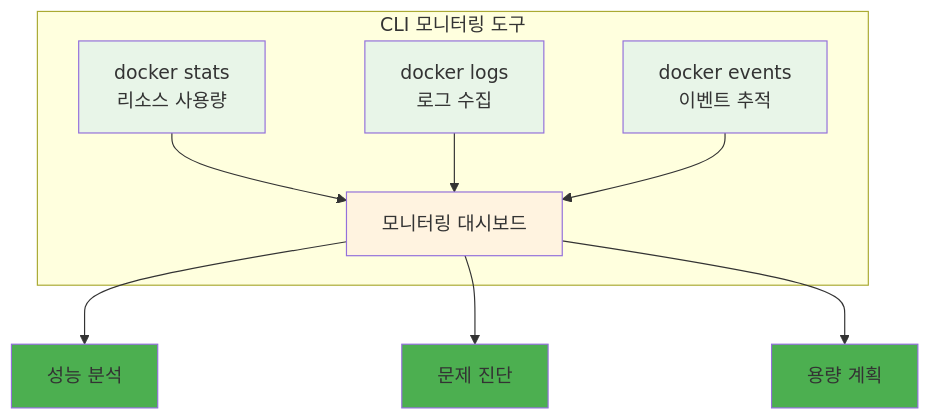
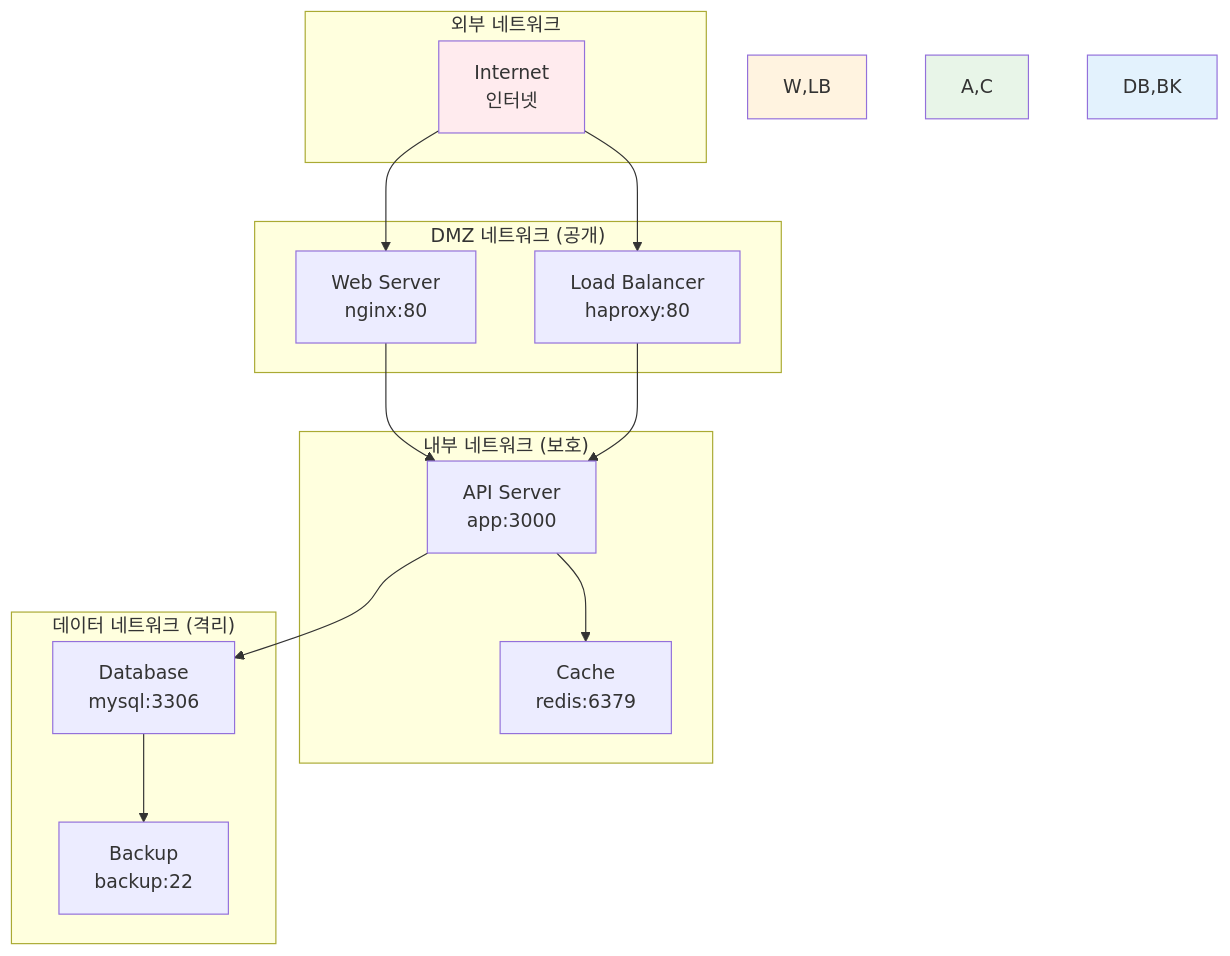
Before and after one commit to niceguy61/kdt_devops_lecture_2025: the second of 5 diagrams in theory/week_02/day1/session_3.md, drawn with Mermaid. The commit also changed other lines of this file and 70 other files, not shown here.

````diff
--- a/theory/week_02/day1/session_3.md
+++ b/theory/week_02/day1/session_3.md
@@ -56,20 +61,34 @@
 ```mermaid
 graph TB
-    subgraph "CLI 모니터링 도구"
-        A[docker stats<br/>리소스 사용량] --> D[모니터링 대시보드]
-        B[docker logs<br/>로그 수집] --> D
-        C[docker events<br/>이벤트 추적] --> D
+    subgraph "외부 네트워크"
+        I[Internet<br/>인터넷]
     end
     
-    D --> E[성능 분석]
-    D --> F[문제 진단]
-    D --> G[용량 계획]
+    subgraph "DMZ 네트워크 (공개)"
+        W[Web Server<br/>nginx:80]
+        LB[Load Balancer<br/>haproxy:80]
+    end
     
-    style A fill:#e8f5e8
-    style B fill:#e8f5e8
-    style C fill:#e8f5e8
-    style D fill:#fff3e0
-    style E fill:#4caf50
-    style F fill:#4caf50
-    style G fill:#4caf50
+    subgraph "내부 네트워크 (보호)"
+        A[API Server<br/>app:3000]
+        C[Cache<br/>redis:6379]
+    end
+    
+    subgraph "데이터 네트워크 (격리)"
+        DB[Database<br/>mysql:3306]
+        BK[Backup<br/>backup:22]
+    end
+    
+    I --> W
+    I --> LB
+    W --> A
+    LB --> A
+    A --> C
+    A --> DB
+    DB --> BK
+    
+    style I fill:#ffebee
+    style W,LB fill:#fff3e0
+    style A,C fill:#e8f5e8
+    style DB,BK fill:#e3f2fd
 ```
````
